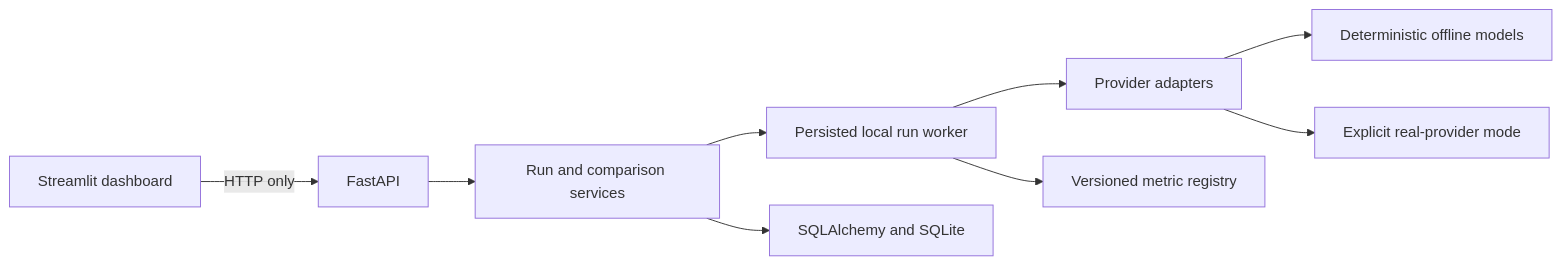
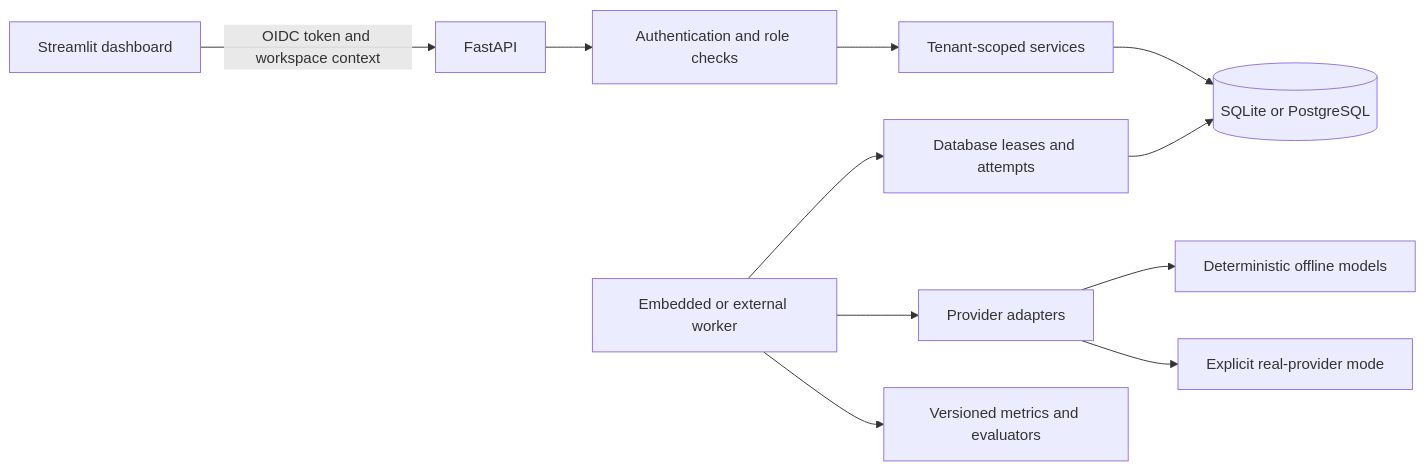
The diagram in README.md (ownasquare/evalforge), drawn with Mermaid before and after one commit. The commit also changed other lines of this file and 97 other files, not shown here.

````diff
--- a/README.md
+++ b/README.md
@@ -25,11 +29,13 @@
 ```mermaid
 flowchart LR
-    UI["Streamlit dashboard"] -->|"HTTP only"| API["FastAPI"]
-    API --> SVC["Run and comparison services"]
-    SVC --> QUEUE["Persisted local run worker"]
-    QUEUE --> MODELS["Provider adapters"]
-    QUEUE --> METRICS["Versioned metric registry"]
-    SVC --> DB["SQLAlchemy and SQLite"]
+    UI["Streamlit dashboard"] -->|"OIDC token and workspace context"| API["FastAPI"]
+    API --> AUTH["Authentication and role checks"]
+    AUTH --> SVC["Tenant-scoped services"]
+    SVC --> DB[("SQLite or PostgreSQL")]
+    WORKER["Embedded or external worker"] --> LEASES["Database leases and attempts"]
+    LEASES --> DB
+    WORKER --> MODELS["Provider adapters"]
+    WORKER --> METRICS["Versioned metrics and evaluators"]
     MODELS --> DEMO["Deterministic offline models"]
     MODELS --> REAL["Explicit real-provider mode"]
 ```
````
